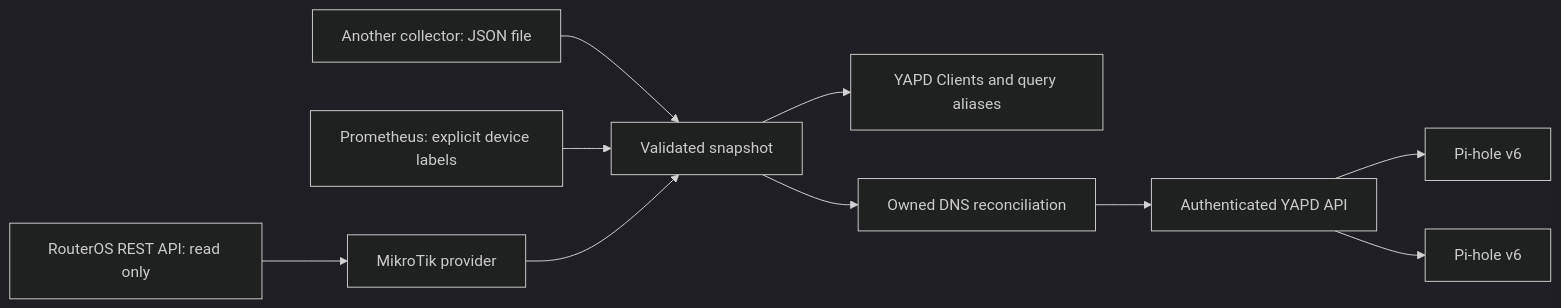
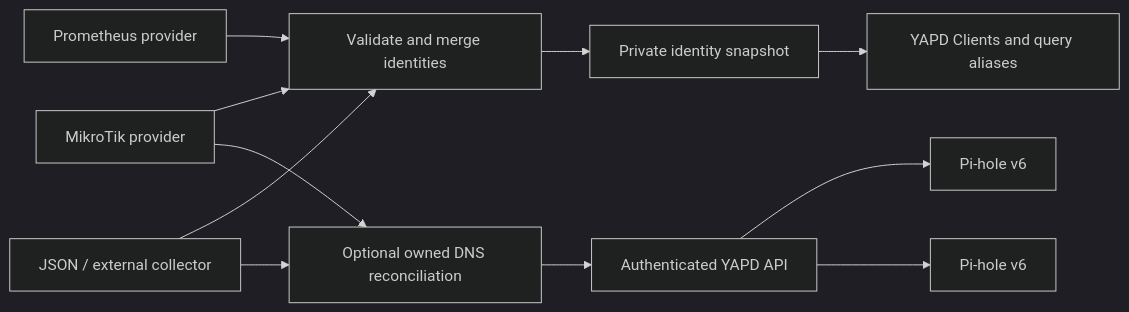
Before and after one commit to alexcf/yapd-identity-bridge: the diagram in README.md, drawn with Mermaid (dark theme). The commit also changed other lines of this file, not shown here.

Commit message:
Rewrite README around extensible identity sources and Prometheus setup

````diff
--- a/README.md
+++ b/README.md
@@ -9,12 +23,13 @@
 ```mermaid
 flowchart LR
-  R[RouterOS REST API: read only] --> M[MikroTik provider]
-  J[Another collector: JSON file] --> S[Validated snapshot]
-  P[Prometheus: explicit device labels] --> S
-  M --> S
-  S --> I[YAPD Clients and query aliases]
-  S --> W[Owned DNS reconciliation]
-  W --> A[Authenticated YAPD API]
-  A --> P1[Pi-hole v6]
-  A --> P2[Pi-hole v6]
+  M["MikroTik provider"] --> C["Validate and merge identities"]
+  P["Prometheus provider"] --> C
+  J["JSON / external collector"] --> C
+  C --> S["Private identity snapshot"]
+  S --> Y["YAPD Clients and query aliases"]
+  M --> D["Optional owned DNS reconciliation"]
+  J --> D
+  D --> A["Authenticated YAPD API"]
+  A --> P1["Pi-hole v6"]
+  A --> P2["Pi-hole v6"]
 ```
````
